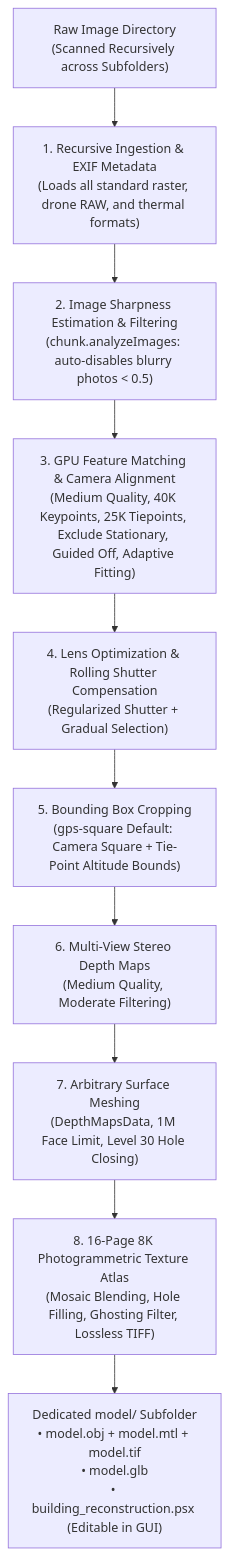
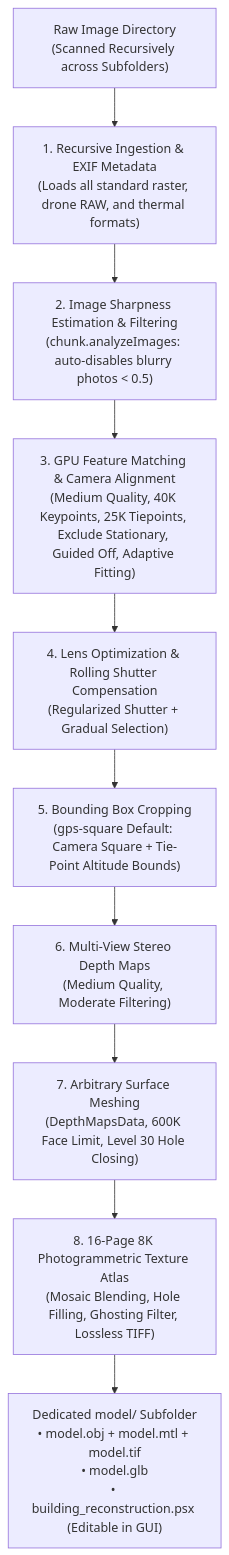
Before and after one commit to ngviettam82/AutoMetashape: the diagram in skills/user/image-to-3d-model/SKILL.md, drawn with Mermaid. The commit also changed other lines of this file and 2 other files, not shown here.

````diff
--- a/skills/user/image-to-3d-model/SKILL.md
+++ b/skills/user/image-to-3d-model/SKILL.md
@@ -36,12 +36,12 @@
 ```mermaid
 flowchart TD
     A["Raw Image Directory<br/>(Scanned Recursively across Subfolders)"] --> B["1. Recursive Ingestion & EXIF Metadata<br/>(Loads all standard raster, drone RAW, and thermal formats)"]
     B --> C["2. Image Sharpness Estimation & Filtering<br/>(chunk.analyzeImages: auto-disables blurry photos < 0.5)"]
     C --> D["3. GPU Feature Matching & Camera Alignment<br/>(Medium Quality, 40K Keypoints, 25K Tiepoints, Exclude Stationary, Guided Off, Adaptive Fitting)"]
     D --> E["4. Lens Optimization & Rolling Shutter Compensation<br/>(Regularized Shutter + Gradual Selection)"]
     E --> F["5. Bounding Box Cropping<br/>(gps-square Default: Camera Square + Tie-Point Altitude Bounds)"]
     F --> G["6. Multi-View Stereo Depth Maps<br/>(Medium Quality, Moderate Filtering)"]
-    G --> H["7. Arbitrary Surface Meshing<br/>(DepthMapsData, 1M Face Limit, Level 30 Hole Closing)"]
+    G --> H["7. Arbitrary Surface Meshing<br/>(DepthMapsData, 600K Face Limit, Level 30 Hole Closing)"]
     H --> I["8. 16-Page 8K Photogrammetric Texture Atlas<br/>(Mosaic Blending, Hole Filling, Ghosting Filter, Lossless TIFF)"]
     I --> J["Dedicated model/ Subfolder<br/>• model.obj + model.mtl + model.tif<br/>• model.glb<br/>• building_reconstruction.psx (Editable in GUI)"]
 ```
````
